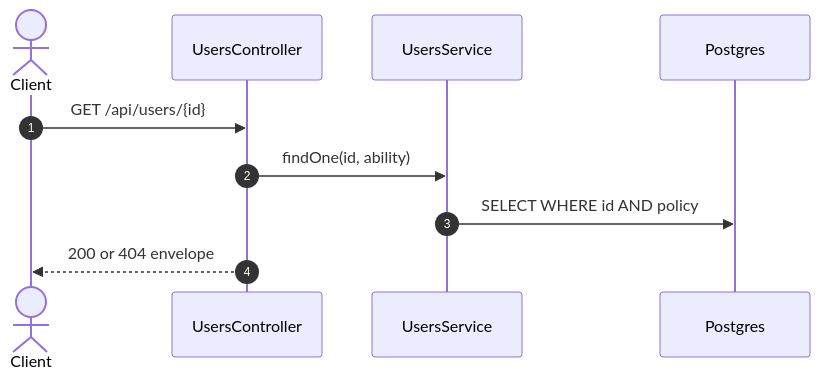
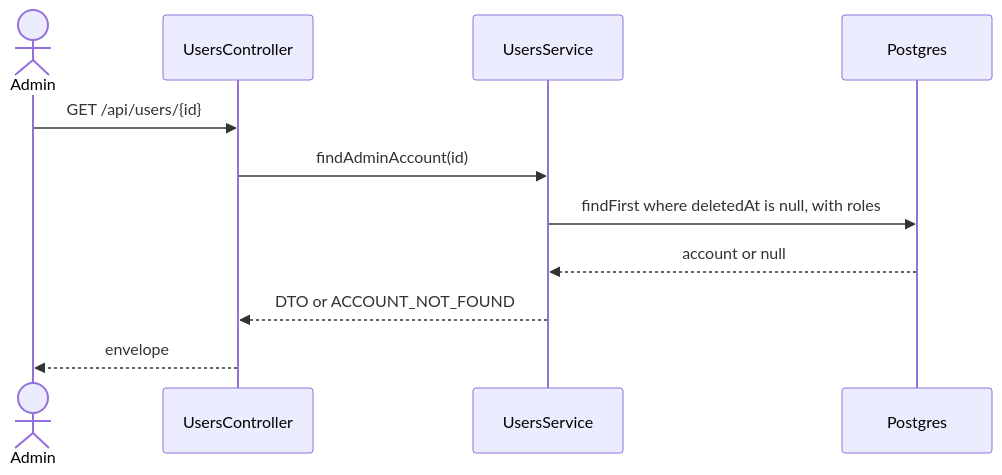
The second of 2 diagrams in specs/auth/api-design/12-get-users-detail.md (TrekLink-Team/treklink-web), drawn with Mermaid before and after one commit. The commit also changed other lines of this file and 13 other files, not shown here.

First line of the commit message:
docs(TK-22): specify admin account management (#14)

````diff
--- a/specs/auth/api-design/12-get-users-detail.md
+++ b/specs/auth/api-design/12-get-users-detail.md
@@ -139,12 +89,13 @@
 ```mermaid
 sequenceDiagram
-    autonumber
-    actor Client
+    actor Admin
     participant Controller as UsersController
     participant Service as UsersService
     participant DB as Postgres
-    Client->>Controller: GET /api/users/{id}
-    Controller->>Service: findOne(id, ability)
-    Service->>DB: SELECT WHERE id AND policy
-    Controller-->>Client: 200 or 404 envelope
+    Admin->>Controller: GET /api/users/{id}
+    Controller->>Service: findAdminAccount(id)
+    Service->>DB: findFirst where deletedAt is null, with roles
+    DB-->>Service: account or null
+    Service-->>Controller: DTO or ACCOUNT_NOT_FOUND
+    Controller-->>Admin: envelope
 ```
````
